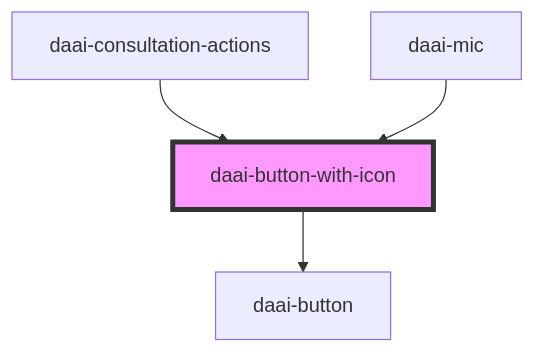
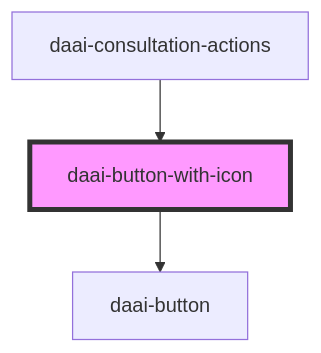
The diagram in src/components/molecules/daai-button-with-icon/readme.md (doctor-assistant/web-components), drawn with Mermaid before and after one commit. The commit also changed other lines of this file and 13 other files, not shown here.

````diff
--- a/src/components/molecules/daai-button-with-icon/readme.md
+++ b/src/components/molecules/daai-button-with-icon/readme.md
@@ -27,7 +26,6 @@
 ```mermaid
 graph TD;
   daai-button-with-icon --> daai-button
   daai-consultation-actions --> daai-button-with-icon
-  daai-mic --> daai-button-with-icon
   style daai-button-with-icon fill:#f9f,stroke:#333,stroke-width:4px
 ```
````
